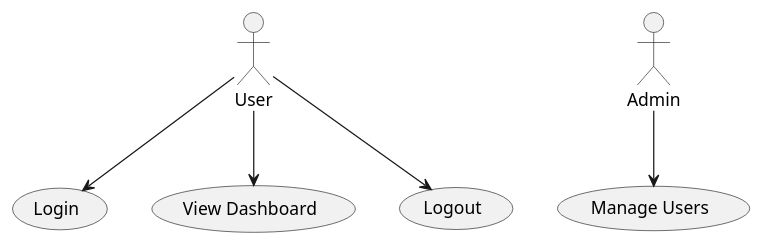
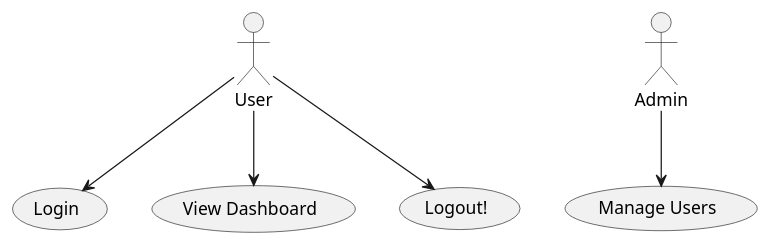
Before and after one commit to softwareDesign24/collaborateUML-ucd: the diagram in diagrams/use-case-1.puml, drawn with PlantUML.

```diff
--- a/diagrams/use-case-1.puml
+++ b/diagrams/use-case-1.puml
@@ -1,6 +1,6 @@
 @startuml
 :User: --> (Login)
 :User: --> (View Dashboard)
-:User: --> (Logout)
+:User: --> (Logout!)
 :Admin: --> (Manage Users)
 @enduml
```
